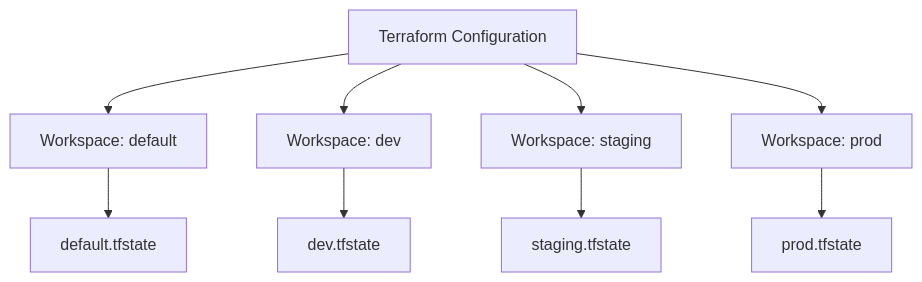
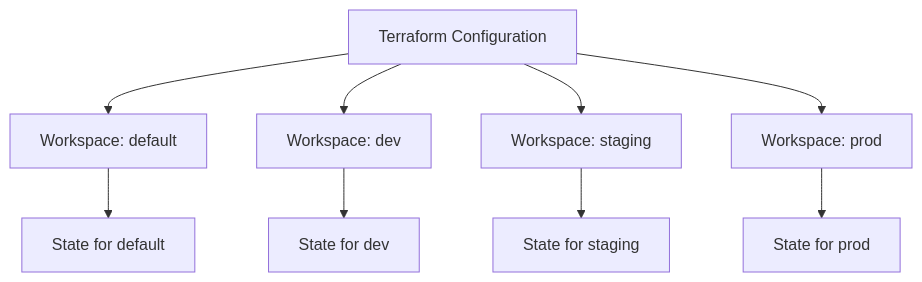
Before and after one commit to OneUptime/blog: the diagram in posts/2025-12-18-terraform-workspaces-structure/README.md, drawn with Mermaid. The commit also changed other lines of this file and 2 other files, not shown here.

````diff
--- a/posts/2025-12-18-terraform-workspaces-structure/README.md
+++ b/posts/2025-12-18-terraform-workspaces-structure/README.md
@@ -17,12 +17,12 @@
 ```mermaid
 flowchart TD
     A[Terraform Configuration] --> B[Workspace: default]
     A --> C[Workspace: dev]
     A --> D[Workspace: staging]
     A --> E[Workspace: prod]
 
-    B --> F[default.tfstate]
-    C --> G[dev.tfstate]
-    D --> H[staging.tfstate]
-    E --> I[prod.tfstate]
+    B --> F[State for default]
+    C --> G[State for dev]
+    D --> H[State for staging]
+    E --> I[State for prod]
 ```
````
